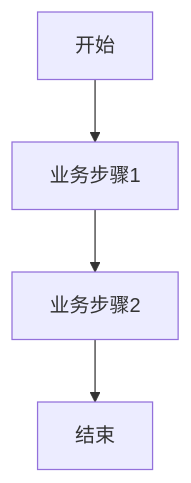
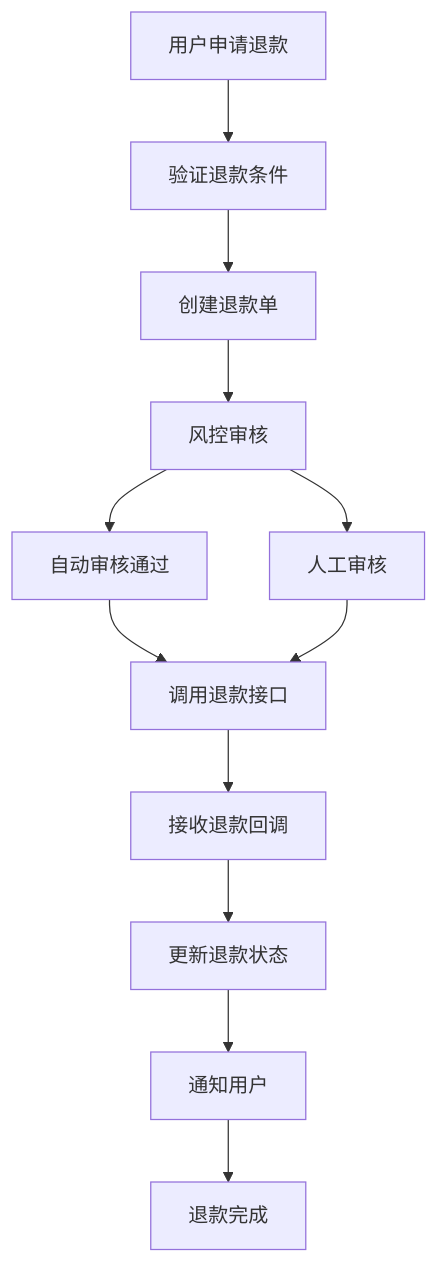
One commit to HaoranTong/ecommerce_platform changed the second of 2 diagrams in docs/modules/payment-service/requirements.md. Above: the diagram before and after it, drawn with Mermaid. The commit also changed other lines of this file and 3 other files, not shown here.

````diff
--- a/docs/modules/payment-service/requirements.md
+++ b/docs/modules/payment-service/requirements.md
@@ -96,6 +171,14 @@
 ```mermaid
 graph TD
-    A[开始] --> B[业务步骤1]
-    B --> C[业务步骤2]
-    C --> D[结束]
+    A[用户申请退款] --> B[验证退款条件]
+    B --> C[创建退款单]
+    C --> D[风控审核]
+    D --> E[自动审核通过]
+    D --> F[人工审核]
+    E --> G[调用退款接口]
+    F --> G
+    G --> H[接收退款回调]
+    H --> I[更新退款状态]
+    I --> J[通知用户]
+    J --> K[退款完成]
 ```
````
